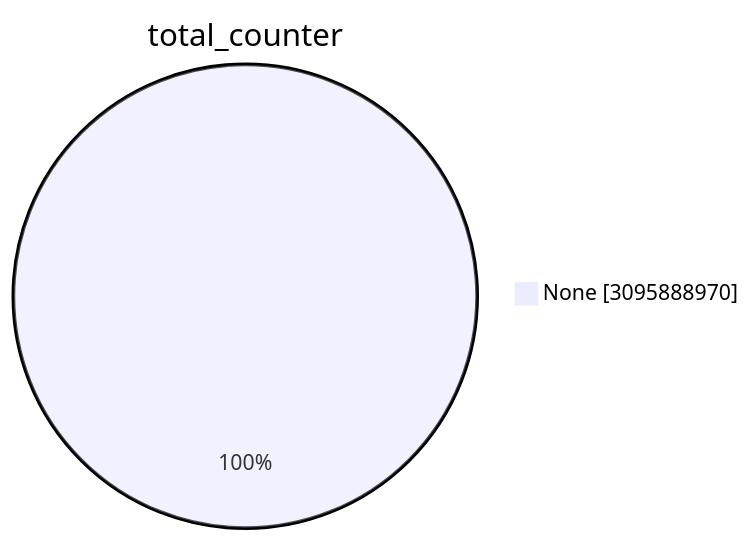
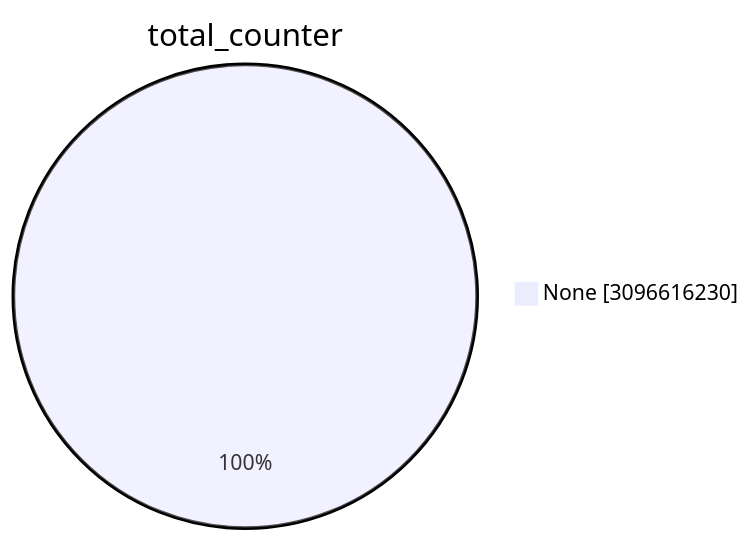
The first of 15 diagrams in TOTAL/README.md (christiankrug/ctmonitor_visualization), drawn with Mermaid before and after one commit. The commit also changed other lines of this file, not shown here.

````diff
--- a/TOTAL/README.md
+++ b/TOTAL/README.md
@@ -1,5 +1,5 @@
 ```mermaid
 pie showData
 title total_counter
-"None" :3095888970
+"None" :3096616230
 ```
````
